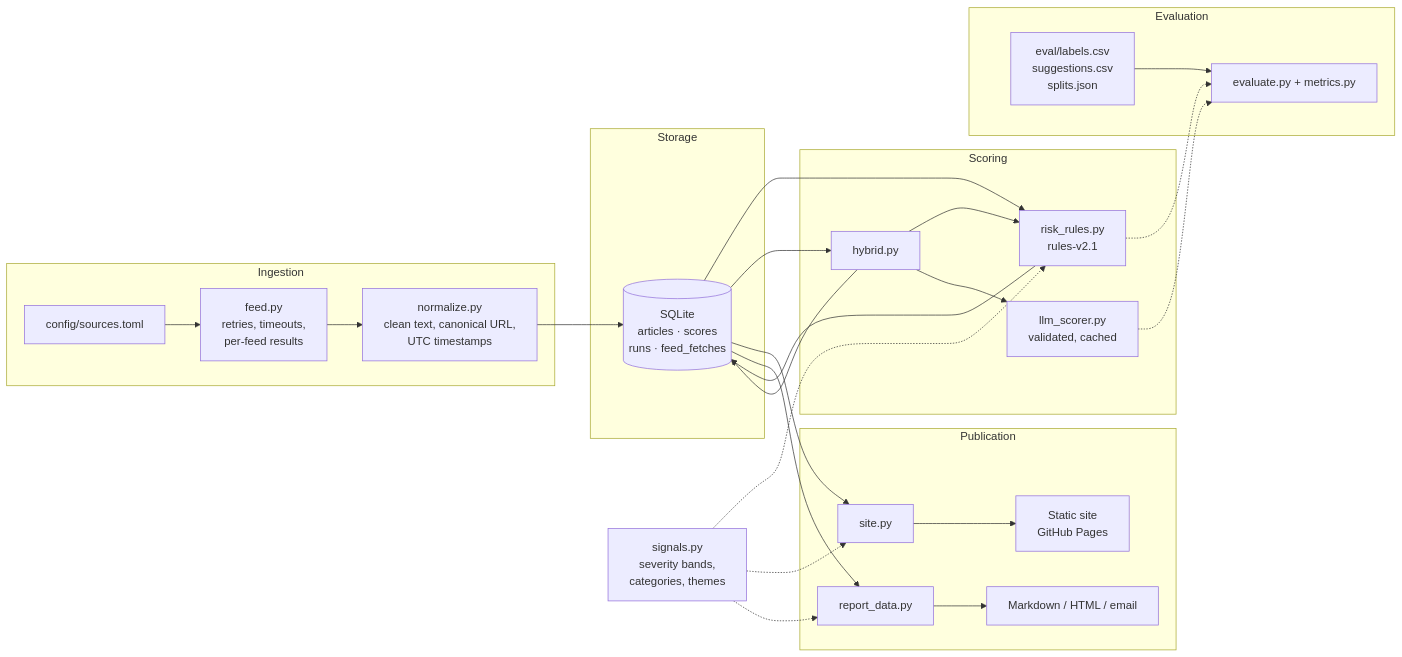
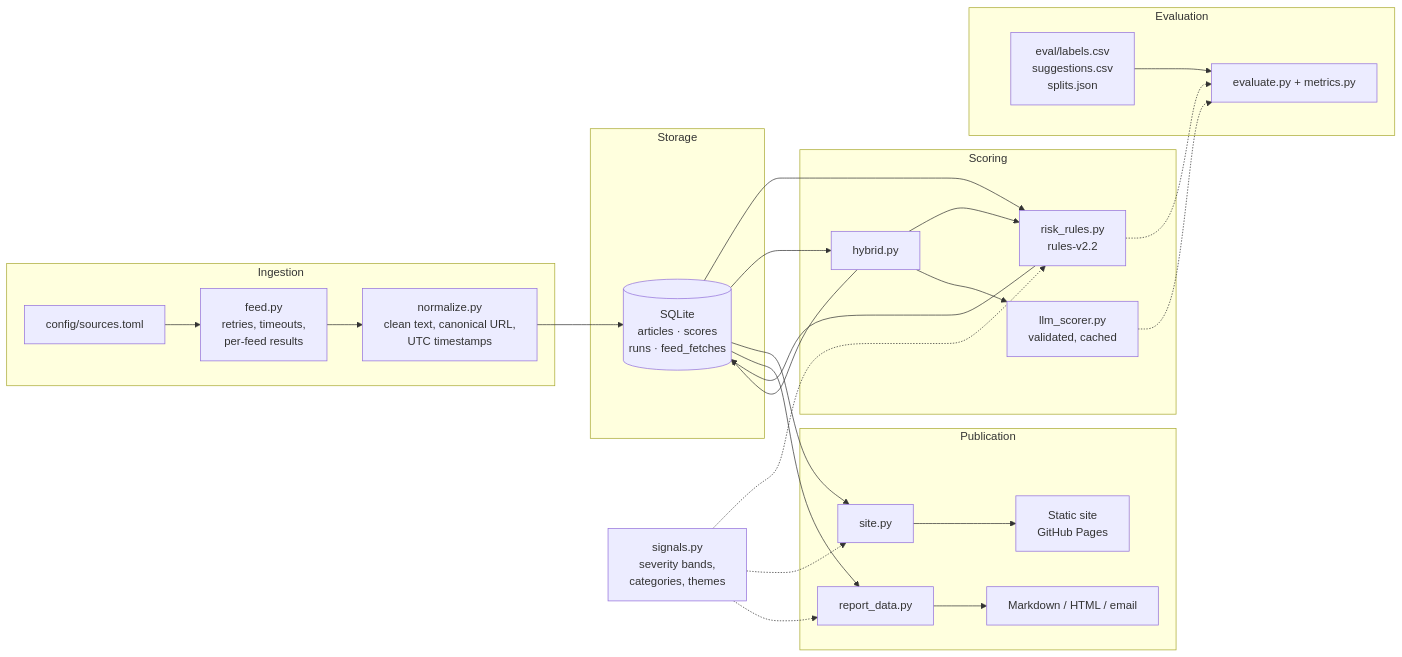
One commit to Qiao527/opsrisk-radar changed the diagram in docs/architecture.md. Above: the diagram before and after it, drawn with Mermaid. The commit also changed other lines of this file and 6 other files, not shown here.

````diff
--- a/docs/architecture.md
+++ b/docs/architecture.md
@@ -7,30 +7,30 @@
 ```mermaid
 flowchart LR
     subgraph Ingestion
         CFG[config/sources.toml] --> F[feed.py<br/>retries, timeouts,<br/>per-feed results]
         F --> N[normalize.py<br/>clean text, canonical URL,<br/>UTC timestamps]
     end
     subgraph Storage
         N --> DB[(SQLite<br/>articles · scores<br/>runs · feed_fetches)]
     end
     subgraph Scoring
-        DB --> R2[risk_rules.py<br/>rules-v2.1]
+        DB --> R2[risk_rules.py<br/>rules-v2.2]
         DB --> H[hybrid.py]
         H --> R2
         H --> L[llm_scorer.py<br/>validated, cached]
         R2 --> DB
         H --> DB
     end
     subgraph Publication
         DB --> S[site.py] --> P[Static site<br/>GitHub Pages]
         DB --> RD[report_data.py] --> MD[Markdown / HTML / email]
     end
     subgraph Evaluation
         E[eval/labels.csv<br/>suggestions.csv<br/>splits.json] --> EV[evaluate.py + metrics.py]
         R2 -.-> EV
         L -.-> EV
     end
     SIG[signals.py<br/>severity bands,<br/>categories, themes] -.-> R2
     SIG -.-> S
     SIG -.-> RD
 ```
````
